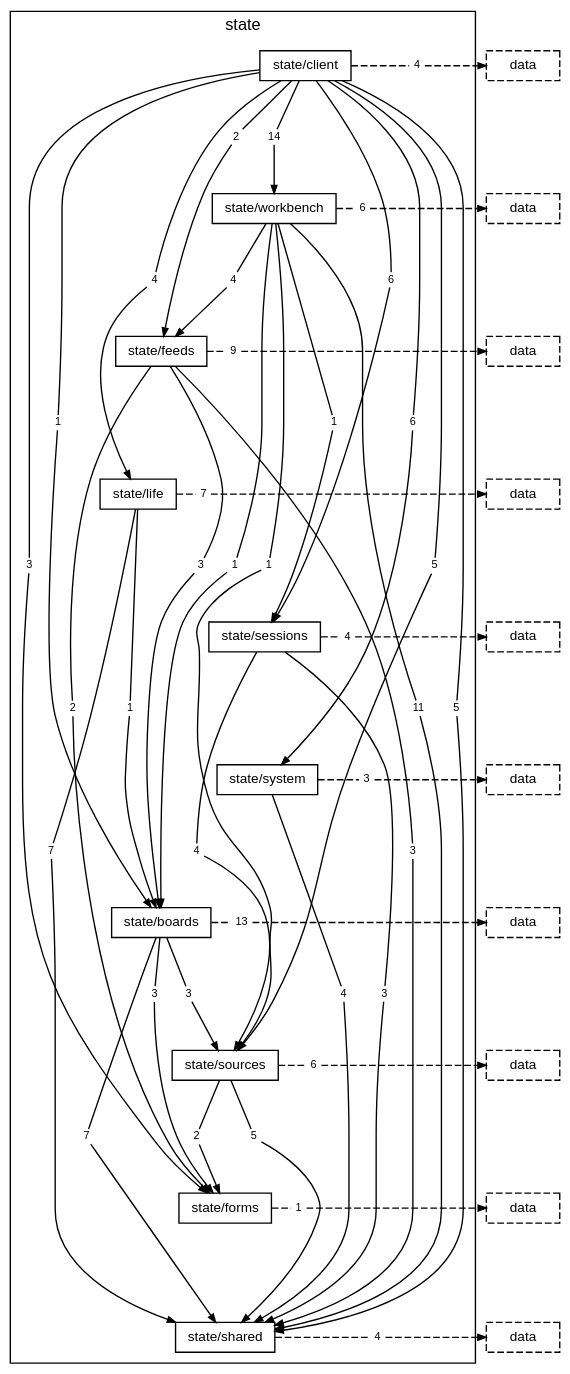
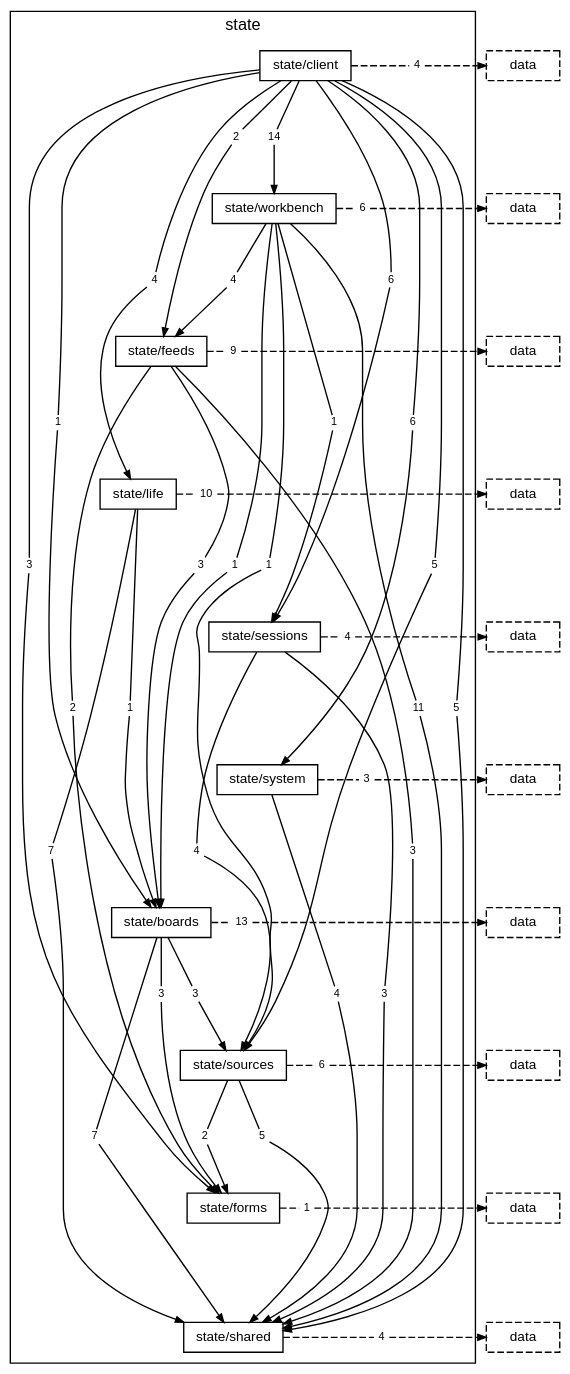
Before and after one commit to TheAxeC/oculus: the diagram in docs/diagrams/layer-state.dot, drawn with Graphviz. The commit also changed 79 other files, not shown here.

```diff
--- a/docs/diagrams/layer-state.dot
+++ b/docs/diagrams/layer-state.dot
@@ -36,7 +36,7 @@
         "folder state/feeds to layer data" [label="9", shape=box, color="transparent", fontsize=8, width=0, height=0, margin="0.04,0.02"];
         "folder state/life to folder state/boards" [label="1", shape=box, color="transparent", fontsize=8, width=0, height=0, margin="0.04,0.02"];
         "folder state/life to folder state/shared" [label="7", shape=box, color="transparent", fontsize=8, width=0, height=0, margin="0.04,0.02"];
-        "folder state/life to layer data" [label="7", shape=box, color="transparent", fontsize=8, width=0, height=0, margin="0.04,0.02"];
+        "folder state/life to layer data" [label="10", shape=box, color="transparent", fontsize=8, width=0, height=0, margin="0.04,0.02"];
         "folder state/sessions to folder state/shared" [label="3", shape=box, color="transparent", fontsize=8, width=0, height=0, margin="0.04,0.02"];
         "folder state/sessions to folder state/sources" [label="4", shape=box, color="transparent", fontsize=8, width=0, height=0, margin="0.04,0.02"];
         "folder state/sessions to layer data" [label="4", shape=box, color="transparent", fontsize=8, width=0, height=0, margin="0.04,0.02"];
```
